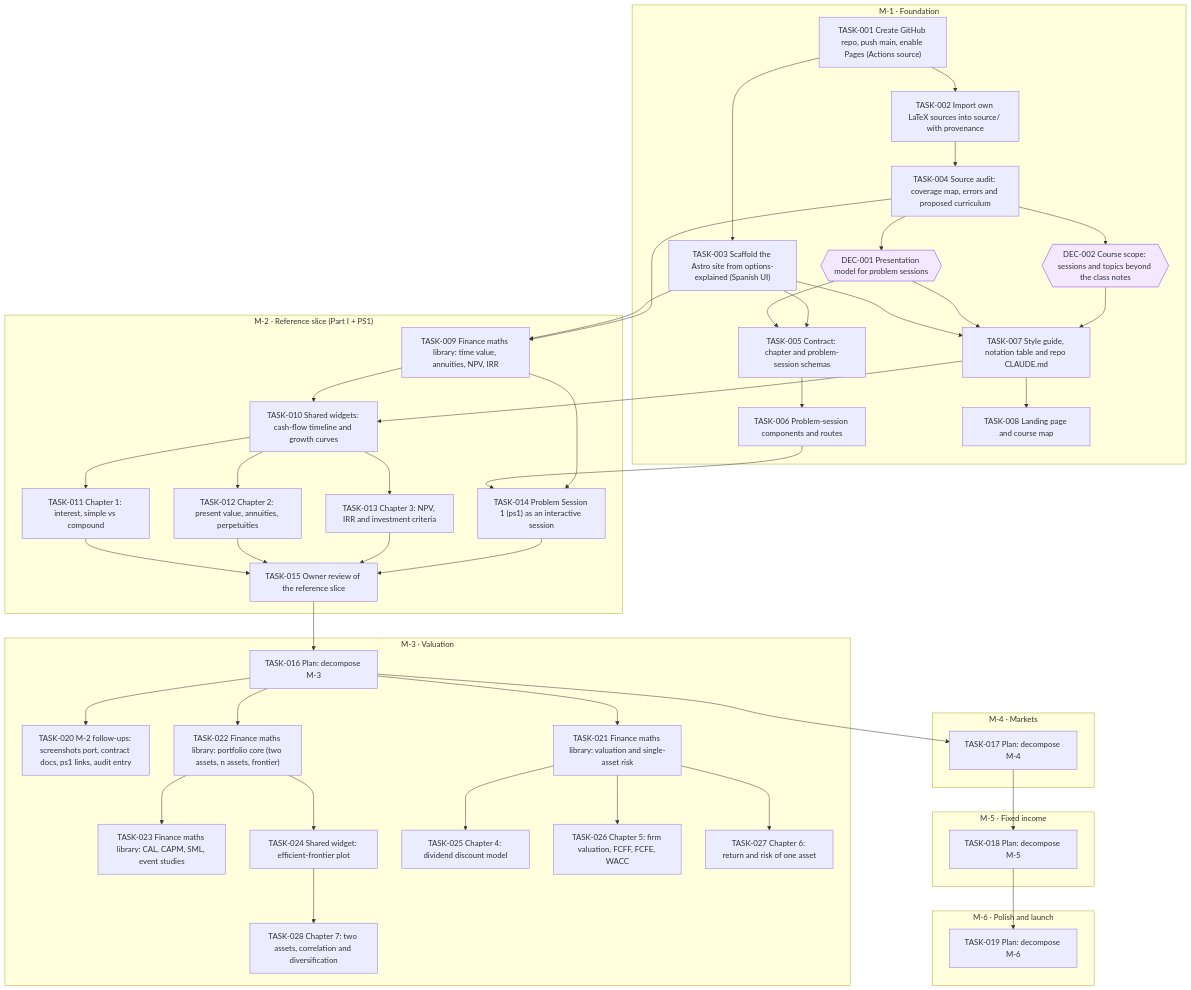
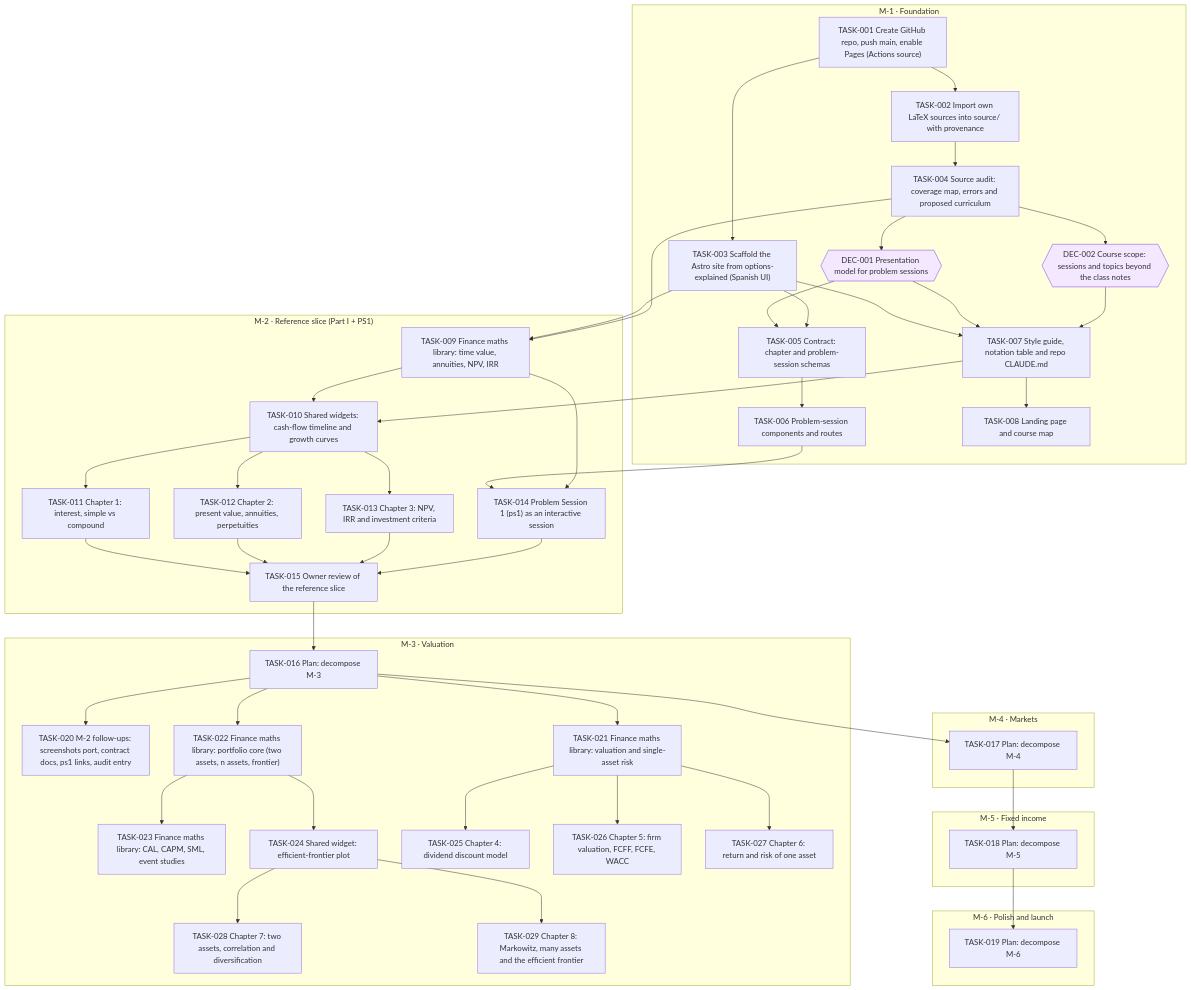
The diagram in goals/course-site/README.md (jesusvillota/economia-financiera), drawn with Mermaid before and after one commit. The commit also changed 1 other file, not shown here.

Commit message:
goal(course-site): add TASK-029 Chapter 8: Markowitz, many assets and the efficient frontier

```diff
--- a/goals/course-site/README.md
+++ b/goals/course-site/README.md
@@ -66,6 +66,7 @@
     TASK_026["TASK-026 Chapter 5: firm valuation, FCFF, FCFE, WACC"]
     TASK_027["TASK-027 Chapter 6: return and risk of one asset"]
     TASK_028["TASK-028 Chapter 7: two assets, correlation and diversification"]
+    TASK_029["TASK-029 Chapter 8: Markowitz, many assets and the efficient frontier"]
   end
   subgraph M_4["M-4 · Markets"]
     TASK_017["TASK-017 Plan: decompose M-4"]
@@ -114,6 +115,7 @@
   TASK_021 --> TASK_026
   TASK_021 --> TASK_027
   TASK_024 --> TASK_028
+  TASK_024 --> TASK_029
   classDef draft stroke-dasharray: 4 3
   classDef cancelled opacity:0.45
   classDef decision fill:#f3e8ff,stroke:#7c3aed
```
